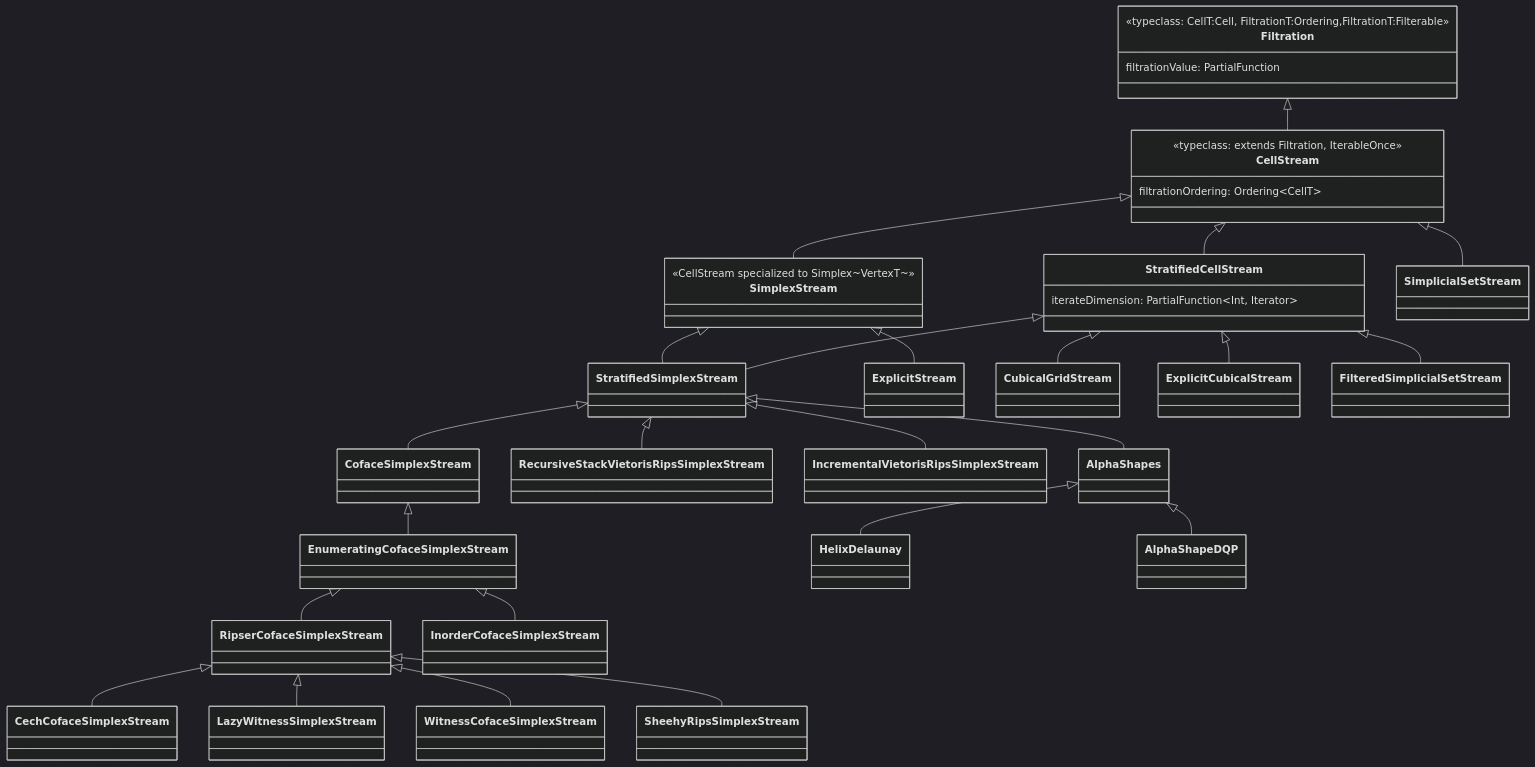
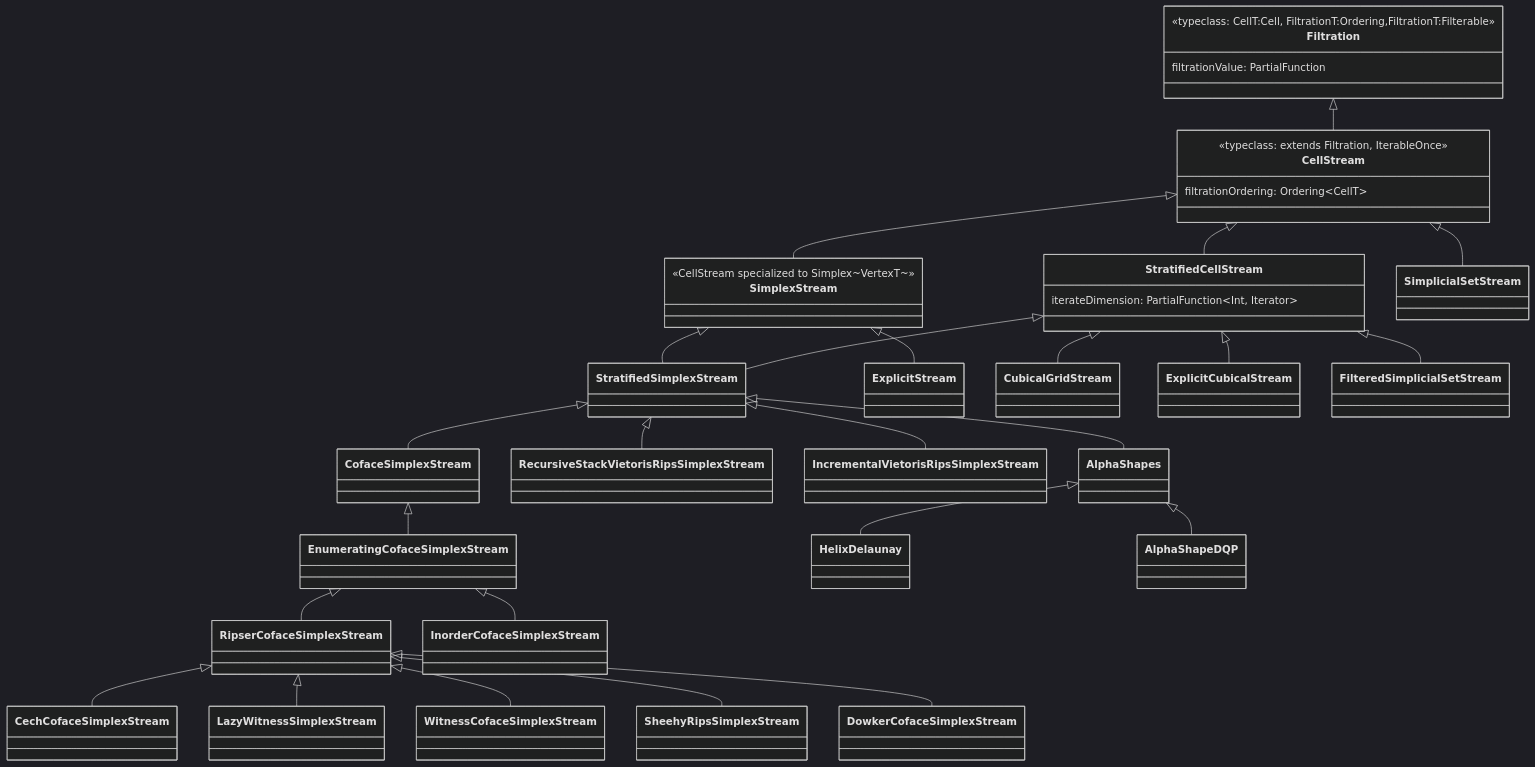
The fourth of 7 diagrams in src/docs/developers-guide/class-diagrams.md (appliedtopology/tda4j), drawn with Mermaid (dark theme) before and after one commit. The commit also changed 12 other files, not shown here.

````diff
--- a/src/docs/developers-guide/class-diagrams.md
+++ b/src/docs/developers-guide/class-diagrams.md
@@ -120,40 +120,41 @@
 ```mermaid
 classDiagram
     class Filtration {
         <<typeclass: CellT:Cell, FiltrationT:Ordering,FiltrationT:Filterable>>
         filtrationValue: PartialFunction
     }
     class CellStream {
         <<typeclass: extends Filtration, IterableOnce>>
         filtrationOrdering: Ordering~CellT~
     }
     class SimplexStream {
         <<CellStream specialized to Simplex~VertexT~>>
     }
     class StratifiedCellStream {
         iterateDimension: PartialFunction~Int, Iterator~
     }
     Filtration <|-- CellStream
     CellStream <|-- SimplexStream
     CellStream <|-- StratifiedCellStream
     SimplexStream <|-- StratifiedSimplexStream
     StratifiedCellStream <|-- StratifiedSimplexStream
     StratifiedSimplexStream <|-- CofaceSimplexStream
     CofaceSimplexStream <|-- EnumeratingCofaceSimplexStream
     EnumeratingCofaceSimplexStream <|-- RipserCofaceSimplexStream
     RipserCofaceSimplexStream <|-- CechCofaceSimplexStream
     RipserCofaceSimplexStream <|-- LazyWitnessSimplexStream
     RipserCofaceSimplexStream <|-- WitnessCofaceSimplexStream
     RipserCofaceSimplexStream <|-- SheehyRipsSimplexStream
+    RipserCofaceSimplexStream <|-- DowkerCofaceSimplexStream
     EnumeratingCofaceSimplexStream <|-- InorderCofaceSimplexStream
     SimplexStream <|-- ExplicitStream
     StratifiedSimplexStream <|-- RecursiveStackVietorisRipsSimplexStream
     StratifiedSimplexStream <|-- IncrementalVietorisRipsSimplexStream
     StratifiedSimplexStream <|-- AlphaShapes
     AlphaShapes <|-- HelixDelaunay
     AlphaShapes <|-- AlphaShapeDQP
     StratifiedCellStream <|-- CubicalGridStream
     StratifiedCellStream <|-- ExplicitCubicalStream
     CellStream <|-- SimplicialSetStream
     StratifiedCellStream <|-- FilteredSimplicialSetStream
 ```
````
